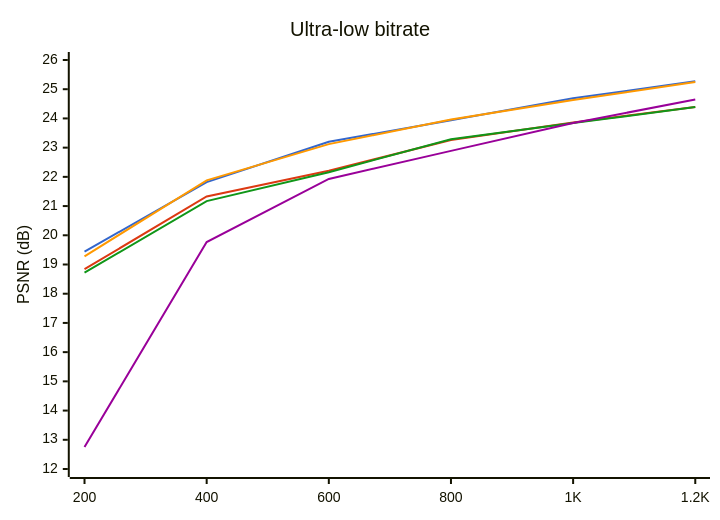
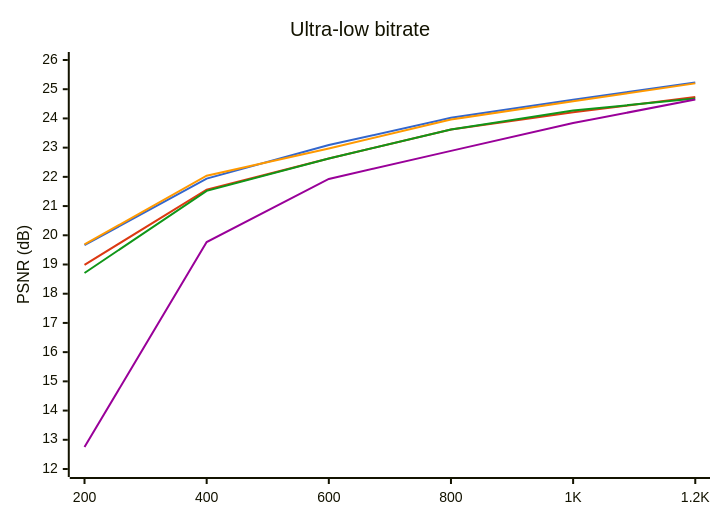
The first of 2 diagrams in results.md (lieff/miniwtpc), drawn with Mermaid before and after one commit. The commit also changed other lines of this file and 34 other files, not shown here.

````diff
--- a/results.md
+++ b/results.md
@@ -12,12 +12,12 @@
 ```mermaid
 %%{init: {"themeVariables": {"xyChart": {"plotColorPalette": "#3366cc, #dc3912, #ff9900, #109618, #990099"}}}}%%
 xychart-beta
     title "Ultra-low bitrate"
     y-axis "PSNR (dB)" 12 --> 26
     x-axis ["200", "400", "600", "800", "1K", "1.2K"]
-    line "WTPC EBC" [19.44, 21.82, 23.20, 23.94, 24.69, 25.27]
-    line "WTPC Huff" [18.84, 21.33, 22.21, 23.26, 23.86, 24.39]
-    line "W420 EBC" [19.28, 21.88, 23.12, 23.96, 24.63, 25.25]
-    line "W420 Huff" [18.72, 21.17, 22.16, 23.29, 23.84, 24.39]
+    line "WTPC EBC" [19.66, 21.94, 23.09, 24.02, 24.64, 25.23]
+    line "WTPC Huff" [18.99, 21.56, 22.63, 23.62, 24.21, 24.73]
+    line "W420 EBC" [19.69, 22.04, 22.97, 23.96, 24.59, 25.20]
+    line "W420 Huff" [18.71, 21.52, 22.63, 23.62, 24.27, 24.68]
     line "JPEG2000" [12.75, 19.77, 21.93, 22.89, 23.84, 24.65]
 ```
````
